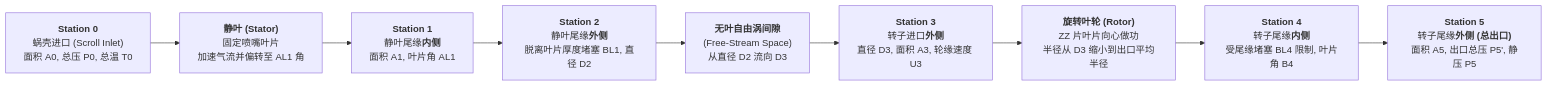
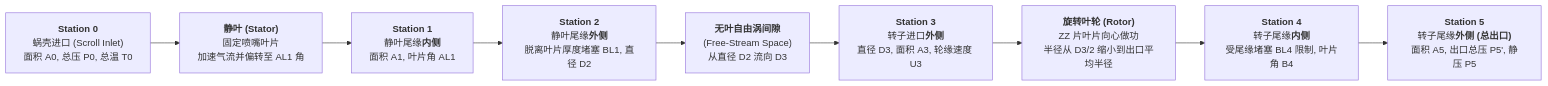
One commit to JolnJack/nasa-turbomachinery-study changed the diagram in docs/tutorials/向心透平程序_零基础全符号与概念详解.md. Above: the diagram before and after it, drawn with Mermaid. The commit also changed other lines of this file and 28 other files, not shown here.

````diff
--- a/docs/tutorials/向心透平程序_零基础全符号与概念详解.md
+++ b/docs/tutorials/向心透平程序_零基础全符号与概念详解.md
@@ -25,11 +29,11 @@
 ```mermaid
 flowchart LR
     S0["<b>Station 0</b><br/>蜗壳进口 (Scroll Inlet)<br/>面积 A0, 总压 P0, 总温 T0"] --> ST["<b>静叶 (Stator)</b><br/>固定喷嘴叶片<br/>加速气流并偏转至 AL1 角"]
     ST --> S1["<b>Station 1</b><br/>静叶尾缘<b>内侧</b><br/>面积 A1, 叶片角 AL1"]
     S1 --> S2["<b>Station 2</b><br/>静叶尾缘<b>外侧</b><br/>脱离叶片厚度堵塞 BL1, 直径 D2"]
     S2 --> FS["<b>无叶自由涡间隙</b><br/>(Free-Stream Space)<br/>从直径 D2 流向 D3"]
     FS --> S3["<b>Station 3</b><br/>转子进口<b>外侧</b><br/>直径 D3, 面积 A3, 轮缘速度 U3"]
-    S3 --> RT["<b>旋转叶轮 (Rotor)</b><br/>ZZ 片叶片向心做功<br/>半径从 D3 缩小到出口平均半径"]
+    S3 --> RT["<b>旋转叶轮 (Rotor)</b><br/>ZZ 片叶片向心做功<br/>半径从 D3/2 缩小到出口平均半径"]
     RT --> S4["<b>Station 4</b><br/>转子尾缘<b>内侧</b><br/>受尾缘堵塞 BL4 限制, 叶片角 B4"]
     S4 --> S5["<b>Station 5</b><br/>转子尾缘<b>外侧 (总出口)</b><br/>面积 A5, 出口总压 P5', 静压 P5"]
 ```
````
